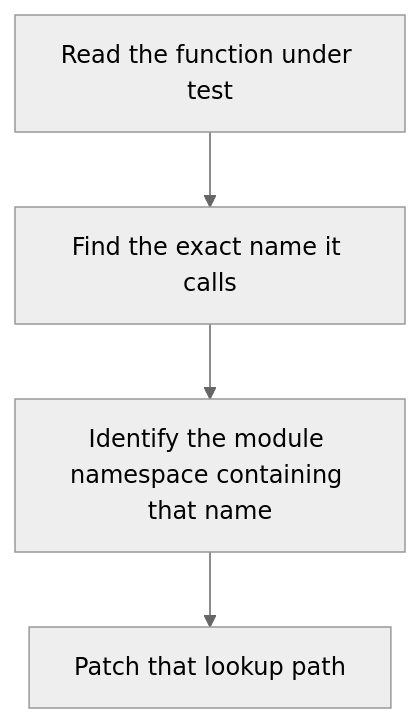
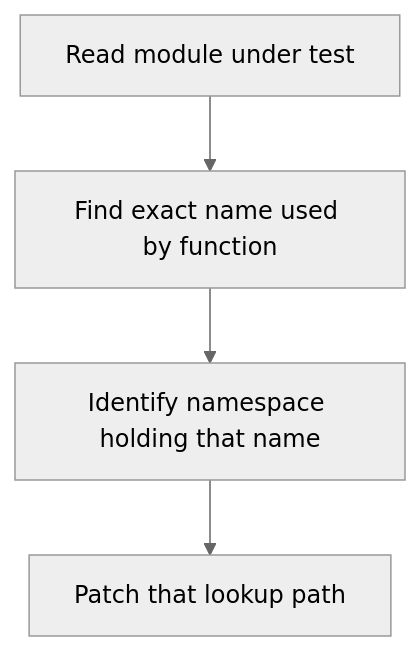
The sixth of 7 diagrams in src/content/testing/pytest-fixtures-parametrize-mock.md (AvadhBhalodiya/Interview-Preparation), drawn with Mermaid (neutral theme) before and after one commit. The commit also changed other lines of this file and 54 other files, not shown here.

````diff
--- a/src/content/testing/pytest-fixtures-parametrize-mock.md
+++ b/src/content/testing/pytest-fixtures-parametrize-mock.md
@@ -909,6 +535,6 @@
 ```mermaid
 flowchart TD
-    A[Read the function under test] --> B[Find the exact name it calls]
-    B --> C[Identify the module namespace containing that name]
+    A[Read module under test] --> B[Find exact name used by function]
+    B --> C[Identify namespace holding that name]
     C --> D[Patch that lookup path]
 ```
````
